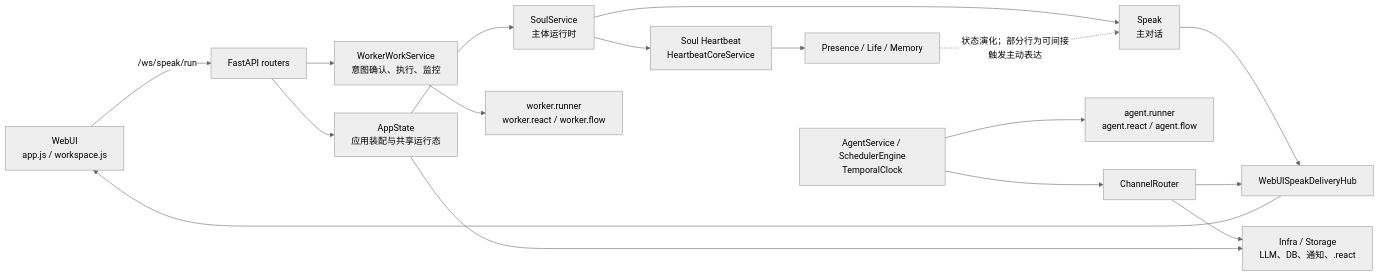
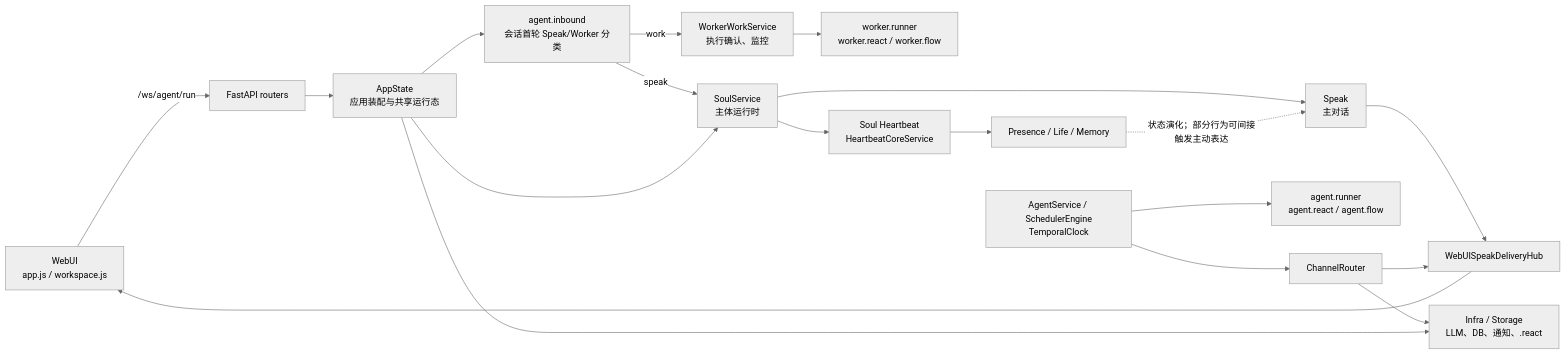
Before and after one commit to SunsettiaSama/Animus: the first of 2 diagrams in docs/README.md, drawn with Mermaid (neutral theme). The commit also changed other lines of this file and 251 other files, not shown here.

````diff
--- a/docs/README.md
+++ b/docs/README.md
@@ -7,34 +7,37 @@
 ```mermaid
 flowchart LR
     Browser["WebUI<br/>app.js / workspace.js"]
     API["FastAPI routers"]
     State["AppState<br/>应用装配与共享运行态"]
     Soul["SoulService<br/>主体运行时"]
     Speak["Speak<br/>主对话"]
     Domains["Presence / Life / Memory"]
-    Work["WorkerWorkService<br/>意图确认、执行、监控"]
+    Inbound["agent.inbound<br/>会话首轮 Speak/Worker 分类"]
+    Work["WorkerWorkService<br/>执行确认、监控"]
     Worker["worker.runner<br/>worker.react / worker.flow"]
     AgentExec["agent.runner<br/>agent.react / agent.flow"]
     Scheduler["AgentService / SchedulerEngine<br/>TemporalClock"]
     Heartbeat["Soul Heartbeat<br/>HeartbeatCoreService"]
     Router["ChannelRouter"]
     Hub["WebUISpeakDeliveryHub"]
     Infra["Infra / Storage<br/>LLM、DB、通知、.react"]
 
-    Browser -->|"/ws/speak/run"| API
+    Browser -->|"/ws/agent/run"| API
     API --> State
+    State --> Inbound
+    Inbound -->|speak| Soul
+    Inbound -->|work| Work
     State --> Soul
     Soul --> Speak
     Soul --> Heartbeat
-    API --> Work
     Work --> Worker
     Scheduler --> AgentExec
     Scheduler --> Router
     Heartbeat --> Domains
     Domains -.->|状态演化；部分行为可间接触发主动表达| Speak
     Speak --> Hub
     Router --> Hub
     Hub --> Browser
     Router --> Infra
     State --> Infra
 ```
````
